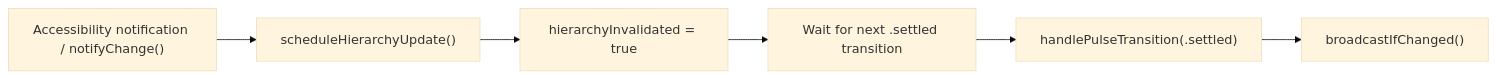
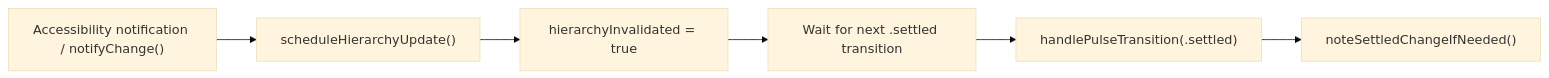
The fifth of 6 diagrams in docs/dossiers/06-THEINSIDEJOB.md (RoyalPineapple/TheButtonHeist), drawn with Mermaid (base theme) before and after one commit. The commit also changed other lines of this file and 35 other files, not shown here.

````diff
--- a/docs/dossiers/06-THEINSIDEJOB.md
+++ b/docs/dossiers/06-THEINSIDEJOB.md
@@ -183,8 +179,8 @@
 ```mermaid
 flowchart LR
     AX["Accessibility notification / notifyChange()"] --> Schedule["scheduleHierarchyUpdate()"]
     Schedule --> SetFlag["hierarchyInvalidated = true"]
     SetFlag --> Wait["Wait for next .settled transition"]
     Wait --> Pulse["handlePulseTransition(.settled)"]
-    Pulse --> Broadcast["broadcastIfChanged()"]
+    Pulse --> Track["noteSettledChangeIfNeeded()"]
 ```
````
